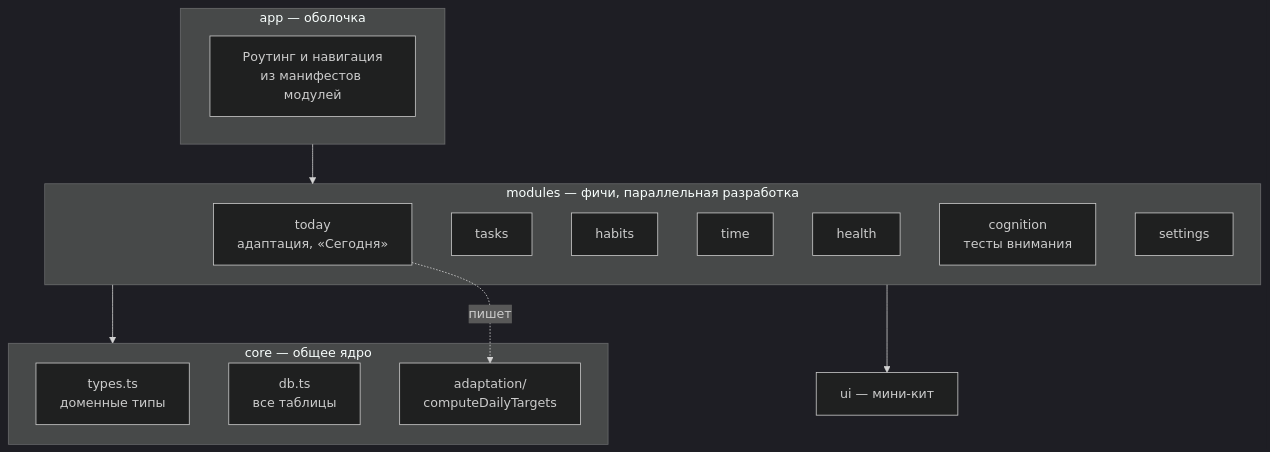
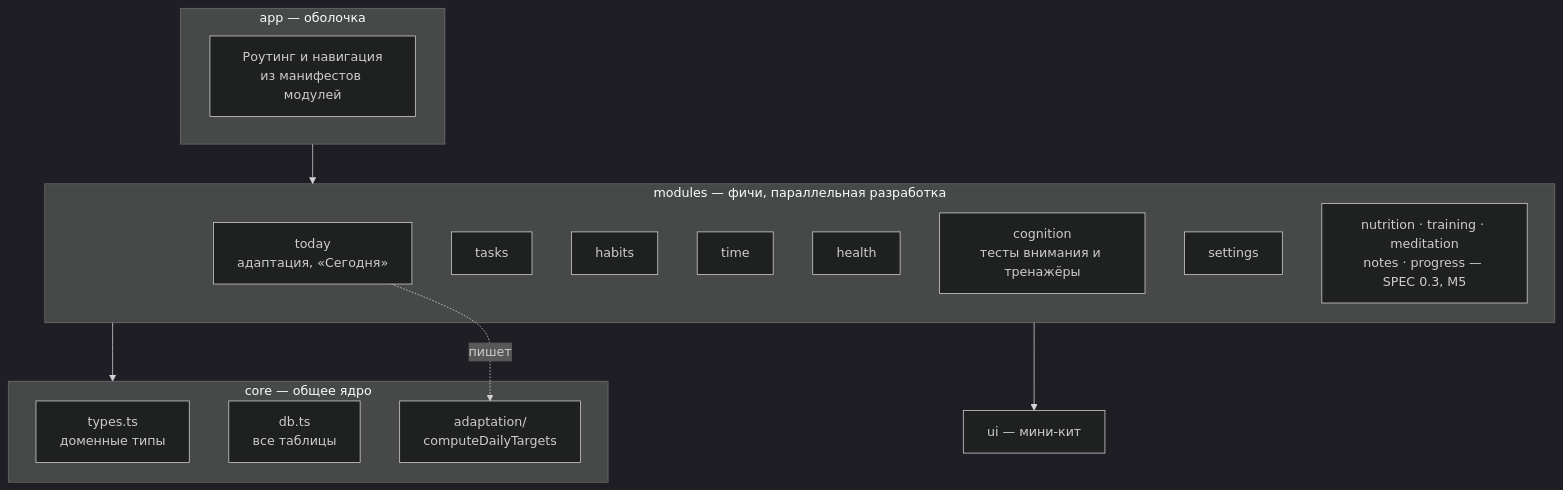
Before and after one commit to Manificento/Productivity: the second of 3 diagrams in docs/architecture.md, drawn with Mermaid (dark theme). The commit also changed other lines of this file and 11 other files, not shown here.

````diff
--- a/docs/architecture.md
+++ b/docs/architecture.md
@@ -19,26 +19,27 @@
 ```mermaid
 flowchart TB
   subgraph shell[app — оболочка]
     router[Роутинг и навигация<br/>из манифестов модулей]
   end
   subgraph modules[modules — фичи, параллельная разработка]
     today[today<br/>адаптация, «Сегодня»]
     tasks[tasks]
     habits[habits]
     time[time]
     health[health]
-    cognition[cognition<br/>тесты внимания]
+    cognition[cognition<br/>тесты внимания и тренажёры]
     settings[settings]
+    planned[nutrition · training · meditation<br/>notes · progress — SPEC 0.3, M5]
   end
   subgraph kernel[core — общее ядро]
     types[types.ts<br/>доменные типы]
     dbm[db.ts<br/>все таблицы]
     engine[adaptation/<br/>computeDailyTargets]
   end
   ui[ui — мини-кит]
 
   shell --> modules
   modules --> kernel
   modules --> ui
   today -. пишет .-> engine
 ```
````
